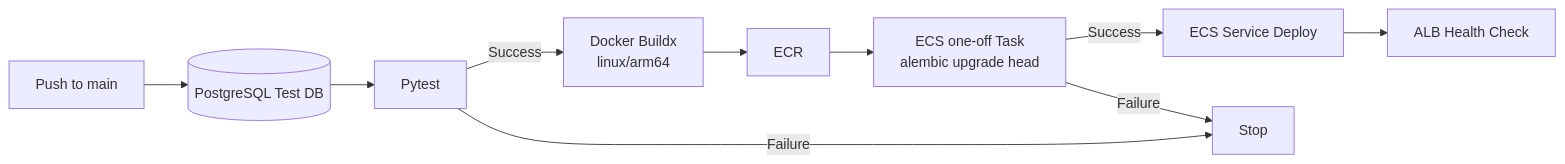
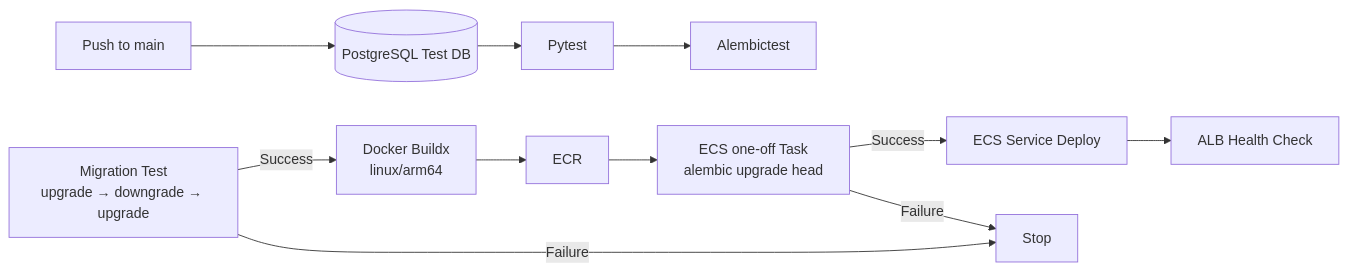
Before and after one commit to Rintaro58511/rin_task-app_2nd: the second of 2 diagrams in README.md, drawn with Mermaid. The commit also changed other lines of this file, not shown here.

````diff
--- a/README.md
+++ b/README.md
@@ -97,21 +97,23 @@
 ``` mermaid
 flowchart LR
     Push[Push to main]
     TestDB[(PostgreSQL Test DB)]
     Pytest[Pytest]
+    AlembicTest["Migration Test<br/>upgrade → downgrade → upgrade"]
     Build[Docker Buildx<br/>linux/arm64]
     ECR[ECR]
     Migration["ECS one-off Task<br/>alembic upgrade head"]
     ECS[ECS Service Deploy]
     Health[ALB Health Check]
 
     Push --> TestDB
     TestDB --> Pytest
-    Pytest -->|Success| Build
-    Pytest -->|Failure| Stop[Stop]
+    Pytest --> Alembictest
+    AlembicTest -->|Success| Build
+    AlembicTest -->|Failure| Stop[Stop]
     Build --> ECR
     ECR --> Migration
     Migration --> |Success| ECS
     Migration --> |Failure| Stop[Stop]
     ECS --> Health
 ```
````
